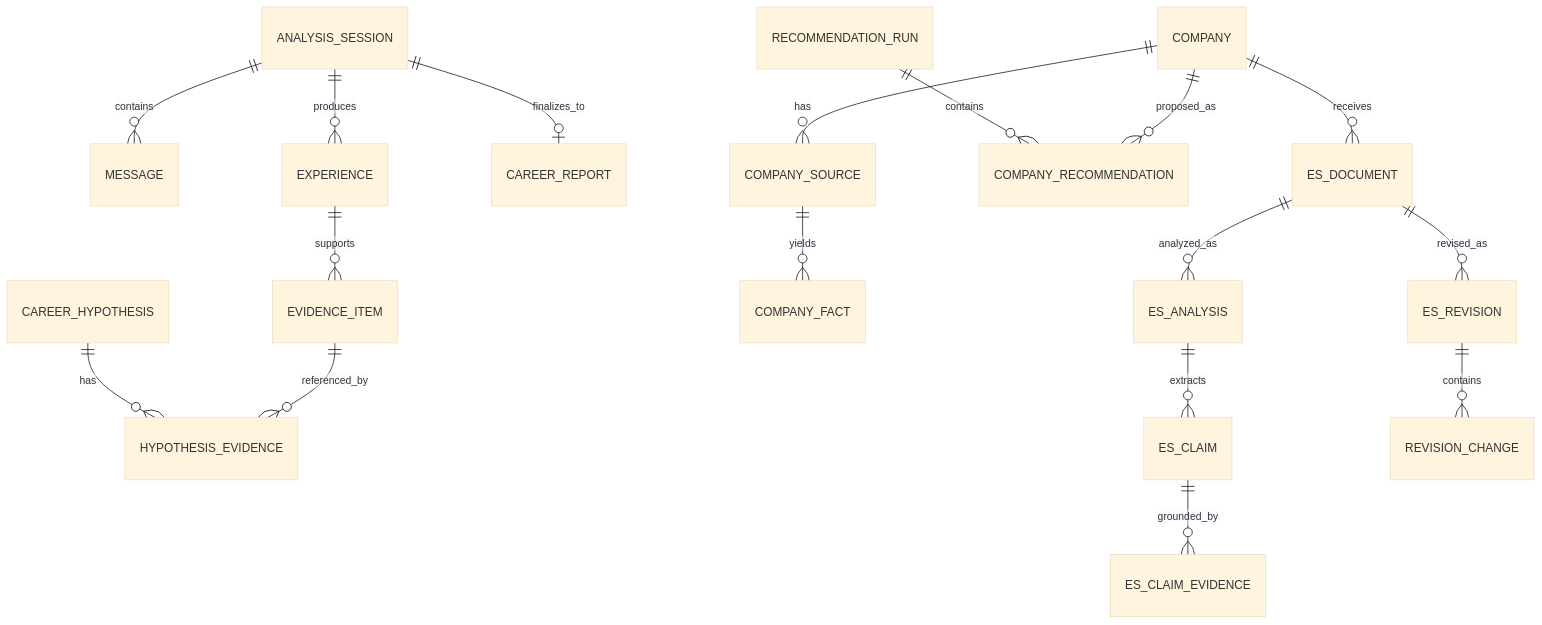
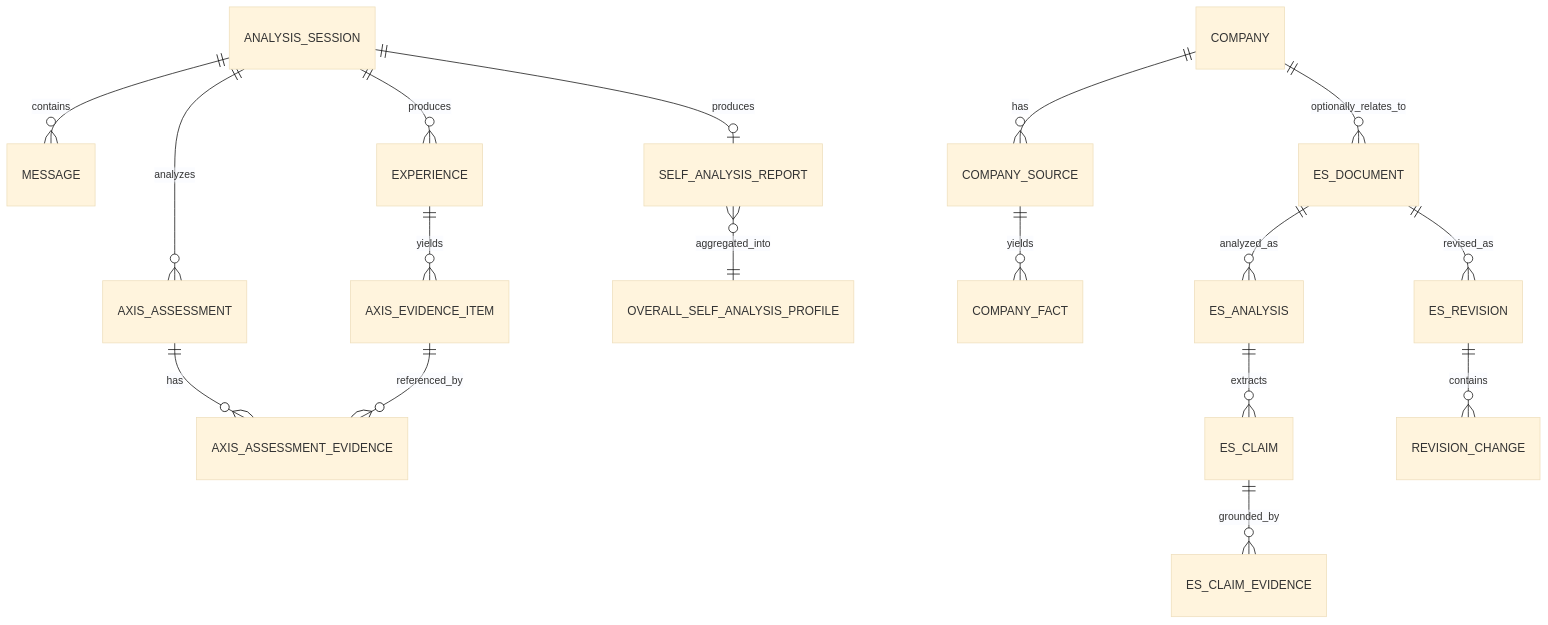
Before and after one commit to HACK-STAGE-STAGE2-teamG-YOZORA/Polaris: the first of 4 diagrams in docs/domain-model.md, drawn with Mermaid (base theme). The commit also changed other lines of this file and 22 other files, not shown here.

Commit message:
要件定義と設計Schema

````diff
--- a/docs/domain-model.md
+++ b/docs/domain-model.md
@@ -51,19 +65,19 @@
 ```mermaid
 erDiagram
     ANALYSIS_SESSION ||--o{ MESSAGE : contains
     ANALYSIS_SESSION ||--o{ EXPERIENCE : produces
-    EXPERIENCE ||--o{ EVIDENCE_ITEM : supports
-    CAREER_HYPOTHESIS ||--o{ HYPOTHESIS_EVIDENCE : has
-    EVIDENCE_ITEM ||--o{ HYPOTHESIS_EVIDENCE : referenced_by
-    ANALYSIS_SESSION ||--o| CAREER_REPORT : finalizes_to
+    EXPERIENCE ||--o{ AXIS_EVIDENCE_ITEM : yields
+    ANALYSIS_SESSION ||--o{ AXIS_ASSESSMENT : analyzes
+    AXIS_ASSESSMENT ||--o{ AXIS_ASSESSMENT_EVIDENCE : has
+    AXIS_EVIDENCE_ITEM ||--o{ AXIS_ASSESSMENT_EVIDENCE : referenced_by
+    ANALYSIS_SESSION ||--o| SELF_ANALYSIS_REPORT : produces
+    SELF_ANALYSIS_REPORT }o--|| OVERALL_SELF_ANALYSIS_PROFILE : aggregated_into
     COMPANY ||--o{ COMPANY_SOURCE : has
     COMPANY_SOURCE ||--o{ COMPANY_FACT : yields
-    RECOMMENDATION_RUN ||--o{ COMPANY_RECOMMENDATION : contains
-    COMPANY ||--o{ COMPANY_RECOMMENDATION : proposed_as
-    COMPANY ||--o{ ES_DOCUMENT : receives
+    COMPANY ||--o{ ES_DOCUMENT : optionally_relates_to
     ES_DOCUMENT ||--o{ ES_ANALYSIS : analyzed_as
     ES_ANALYSIS ||--o{ ES_CLAIM : extracts
     ES_CLAIM ||--o{ ES_CLAIM_EVIDENCE : grounded_by
     ES_DOCUMENT ||--o{ ES_REVISION : revised_as
     ES_REVISION ||--o{ REVISION_CHANGE : contains
 ```
````
